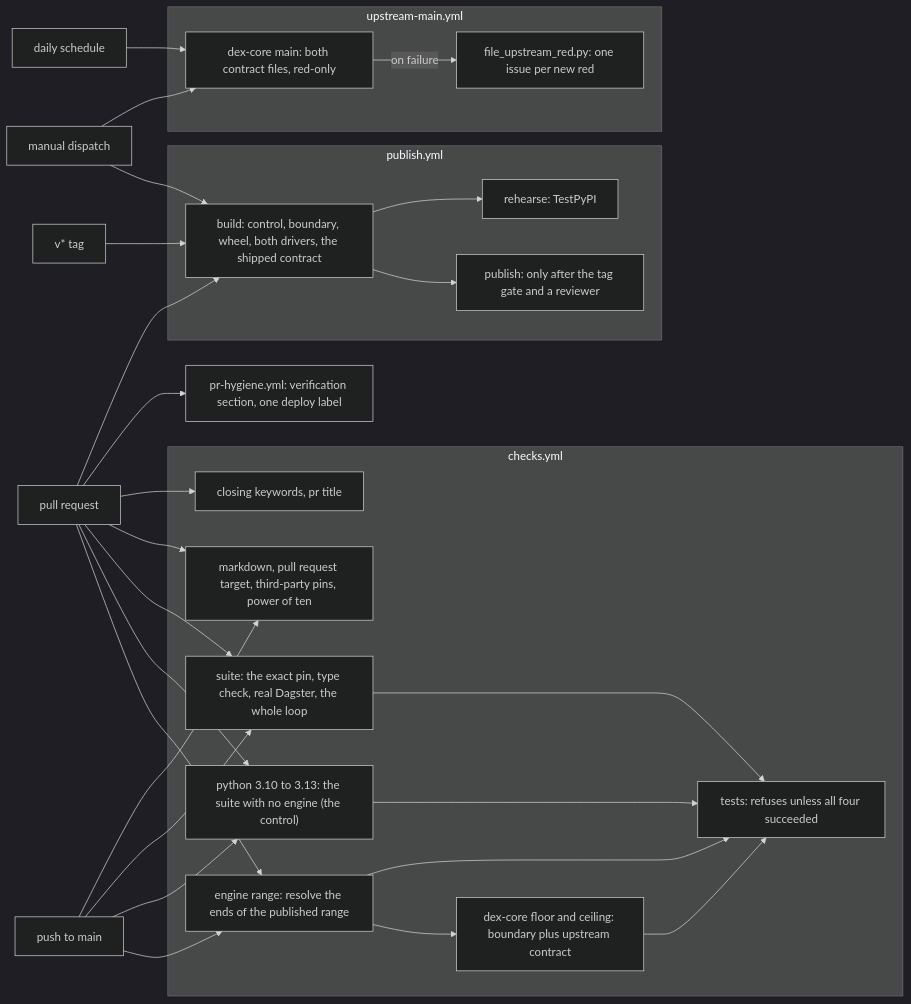
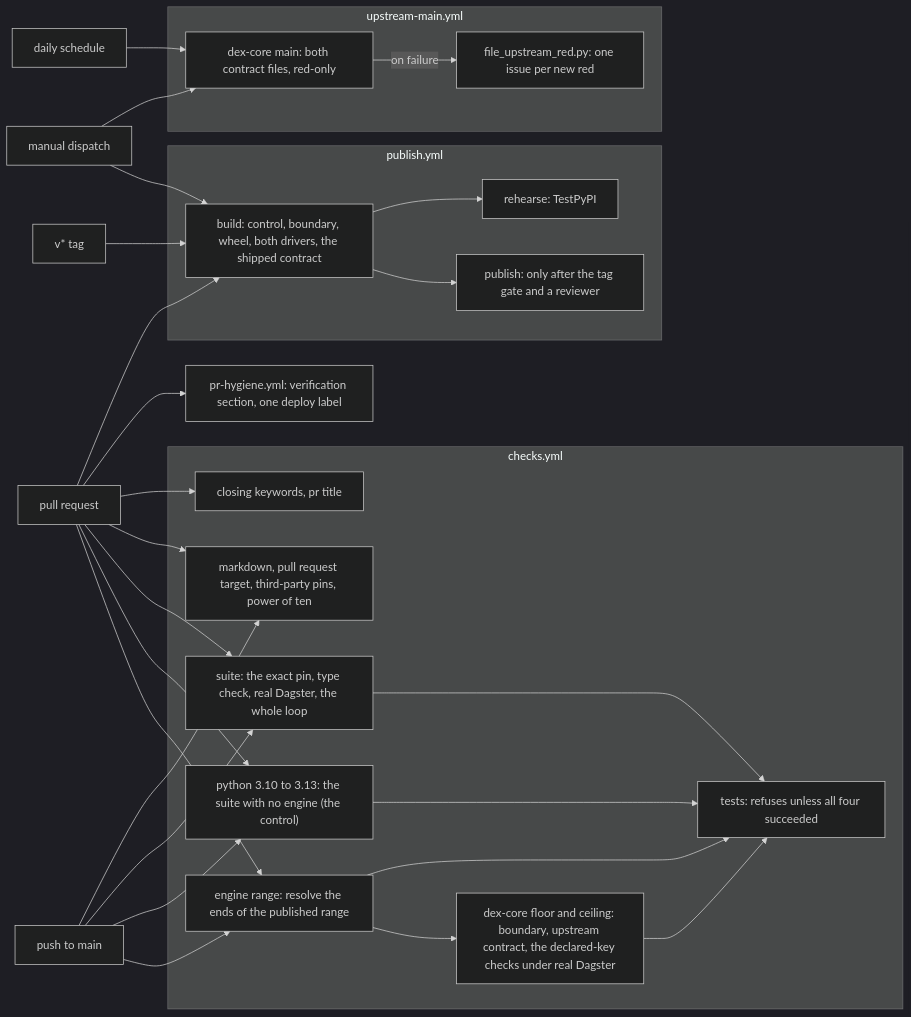
Before and after one commit to catincloud-labs/dagster-dex: the diagram in docs/design/verification.md, drawn with Mermaid (dark theme). The commit also changed other lines of this file and 5 other files, not shown here.

First line of the commit message:
test(examples): run the declared-key checks under real Dagster

````diff
--- a/docs/design/verification.md
+++ b/docs/design/verification.md
@@ -32,52 +33,52 @@
 ```mermaid
 flowchart LR
     PR["pull request"]
     MAIN["push to main"]
     TAG["v* tag"]
     CRON["daily schedule"]
     BYHAND["manual dispatch"]
 
     subgraph checks["checks.yml"]
         RANGE["engine range: resolve the ends of the published range"]
-        ENDS["dex-core floor and ceiling: boundary plus upstream contract"]
+        ENDS["dex-core floor and ceiling: boundary, upstream contract, the declared-key checks under real Dagster"]
         FLOOR["python 3.10 to 3.13: the suite with no engine (the control)"]
         SUITE["suite: the exact pin, type check, real Dagster, the whole loop"]
         TESTS["tests: refuses unless all four succeeded"]
         HYG["markdown, pull request target, third-party pins, power of ten"]
         HYGPR["closing keywords, pr title"]
     end
 
     subgraph publish["publish.yml"]
         BUILD["build: control, boundary, wheel, both drivers, the shipped contract"]
         REL["publish: only after the tag gate and a reviewer"]
         REH["rehearse: TestPyPI"]
     end
 
     subgraph upstream["upstream-main.yml"]
         HEAD["dex-core main: both contract files, red-only"]
         FILE["file_upstream_red.py: one issue per new red"]
     end
 
     HPR["pr-hygiene.yml: verification section, one deploy label"]
 
     PR --> RANGE
     MAIN --> RANGE
     PR --> FLOOR
     MAIN --> FLOOR
     PR --> SUITE
     MAIN --> SUITE
     RANGE --> ENDS --> TESTS
     RANGE --> TESTS
     FLOOR --> TESTS
     SUITE --> TESTS
     PR --> HYG
     MAIN --> HYG
     PR --> HYGPR
     PR --> HPR
     PR --> BUILD
     TAG --> BUILD --> REL
     BYHAND --> BUILD --> REH
     CRON --> HEAD
     BYHAND --> HEAD
     HEAD -->|"on failure"| FILE
 ```
````
